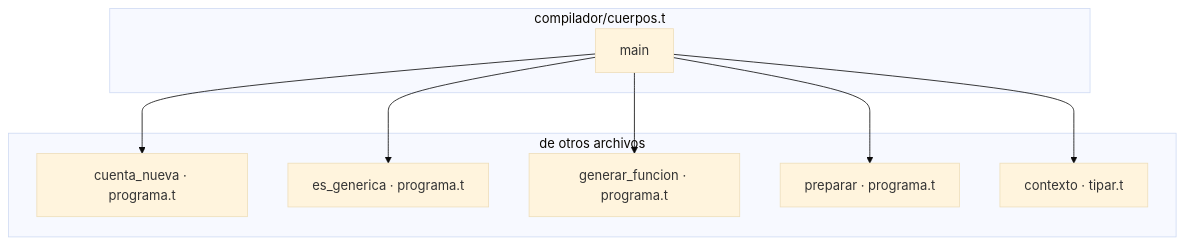
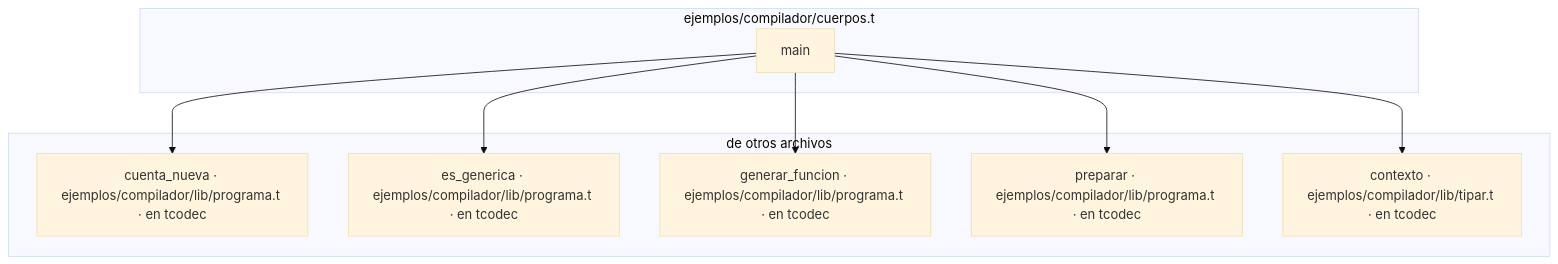
One commit to NTellezM/tcode changed the third of 44 diagrams in docs/grafo-funciones.md. Above: the diagram before and after it, drawn with Mermaid (base theme). The commit also changed other lines of this file and 5 other files, not shown here.

````diff
--- a/docs/grafo-funciones.md
+++ b/docs/grafo-funciones.md
@@ -11,19 +69,19 @@
 ```mermaid
 graph TD
-    subgraph compilador_cuerpos["compilador/cuerpos.t"]
-        compilador_cuerpos__main["main"]
+    subgraph ejemplos_compilador_cuerpos["ejemplos/compilador/cuerpos.t"]
+        ejemplos_compilador_cuerpos__main["main"]
     end
     subgraph fuera["de otros archivos"]
-        compilador_lib_programa__cuenta_nueva["cuenta_nueva · programa.t"]
-        compilador_lib_programa__es_generica["es_generica · programa.t"]
-        compilador_lib_programa__generar_funcion["generar_funcion · programa.t"]
-        compilador_lib_programa__preparar["preparar · programa.t"]
-        compilador_lib_tipar__contexto["contexto · tipar.t"]
+        ejemplos_compilador_lib_programa__cuenta_nueva["cuenta_nueva · ejemplos/compilador/lib/programa.t · en tcodec"]
+        ejemplos_compilador_lib_programa__es_generica["es_generica · ejemplos/compilador/lib/programa.t · en tcodec"]
+        ejemplos_compilador_lib_programa__generar_funcion["generar_funcion · ejemplos/compilador/lib/programa.t · en tcodec"]
+        ejemplos_compilador_lib_programa__preparar["preparar · ejemplos/compilador/lib/programa.t · en tcodec"]
+        ejemplos_compilador_lib_tipar__contexto["contexto · ejemplos/compilador/lib/tipar.t · en tcodec"]
     end
 
-    compilador_cuerpos__main --> compilador_lib_programa__cuenta_nueva
-    compilador_cuerpos__main --> compilador_lib_programa__es_generica
-    compilador_cuerpos__main --> compilador_lib_programa__generar_funcion
-    compilador_cuerpos__main --> compilador_lib_programa__preparar
-    compilador_cuerpos__main --> compilador_lib_tipar__contexto
+    ejemplos_compilador_cuerpos__main --> ejemplos_compilador_lib_programa__cuenta_nueva
+    ejemplos_compilador_cuerpos__main --> ejemplos_compilador_lib_programa__es_generica
+    ejemplos_compilador_cuerpos__main --> ejemplos_compilador_lib_programa__generar_funcion
+    ejemplos_compilador_cuerpos__main --> ejemplos_compilador_lib_programa__preparar
+    ejemplos_compilador_cuerpos__main --> ejemplos_compilador_lib_tipar__contexto
 ```
````
